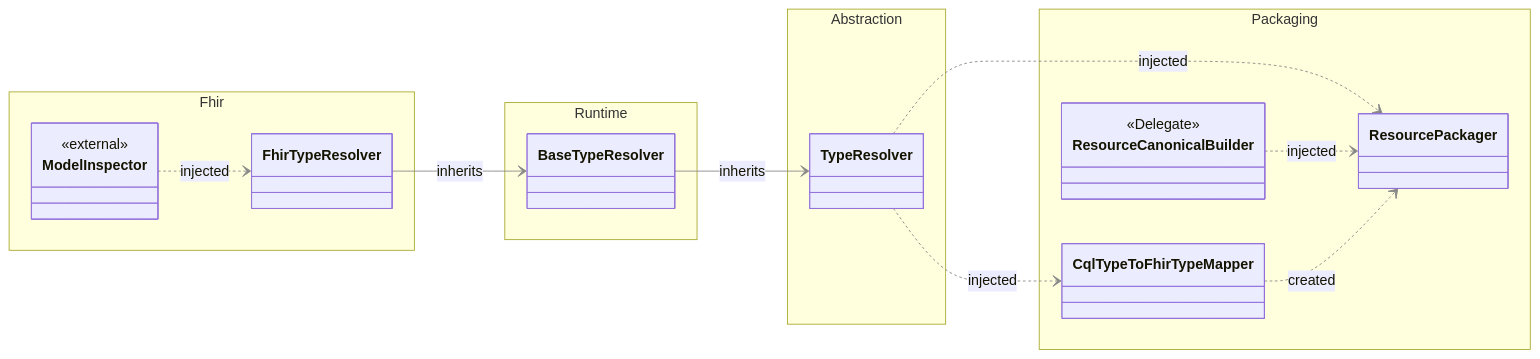
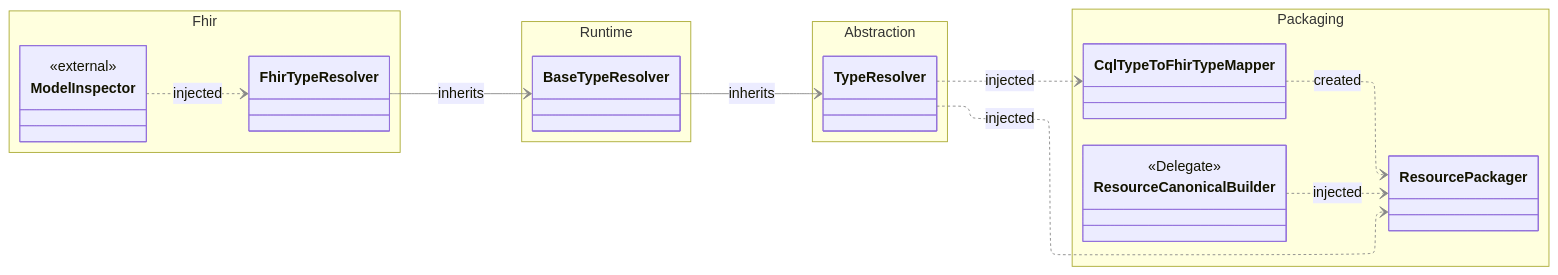
The diagram in docs/diagrams/dependency-diagrams.packaging-toolkit-services.mmd (FirelyTeam/firely-cql-sdk), drawn with Mermaid before and after one commit. The commit also changed 7 other files, not shown here.

First line of the commit message:
Use the ELK layout engine for dependency diagrams

```diff
--- a/docs/diagrams/dependency-diagrams.packaging-toolkit-services.mmd
+++ b/docs/diagrams/dependency-diagrams.packaging-toolkit-services.mmd
@@ -1,44 +1,45 @@
 %%{init: {
-    'themeVariables':{  
+    'layout': 'elk',
+    'themeVariables':{
       'lineColor': '#888',
       'lineWidth': 4
 }}}%%
 
 classDiagram
 
     direction LR
 
     namespace Packaging {
         class ResourcePackager { }
         class ResourceCanonicalBuilder {
             <<Delegate>>
         }
         class CqlTypeToFhirTypeMapper { }
     }
 
     namespace Abstraction {
         class TypeResolver { }
     }
 
     namespace Runtime {
         class BaseTypeResolver { }
     }
 
     namespace Fhir {
         class FhirTypeResolver { }
         class ModelInspector {
             <<external>>
         }
     }
 
     %% Inheritance  
     BaseTypeResolver --> TypeResolver : inherits
     FhirTypeResolver --> BaseTypeResolver : inherits
     
     %% Dependencies                                                 
     TypeResolver ..> ResourcePackager : injected
     ResourceCanonicalBuilder ..> ResourcePackager : injected
     TypeResolver ..> CqlTypeToFhirTypeMapper : injected
     CqlTypeToFhirTypeMapper ..> ResourcePackager : created
     
     ModelInspector ..> FhirTypeResolver : injected
```
